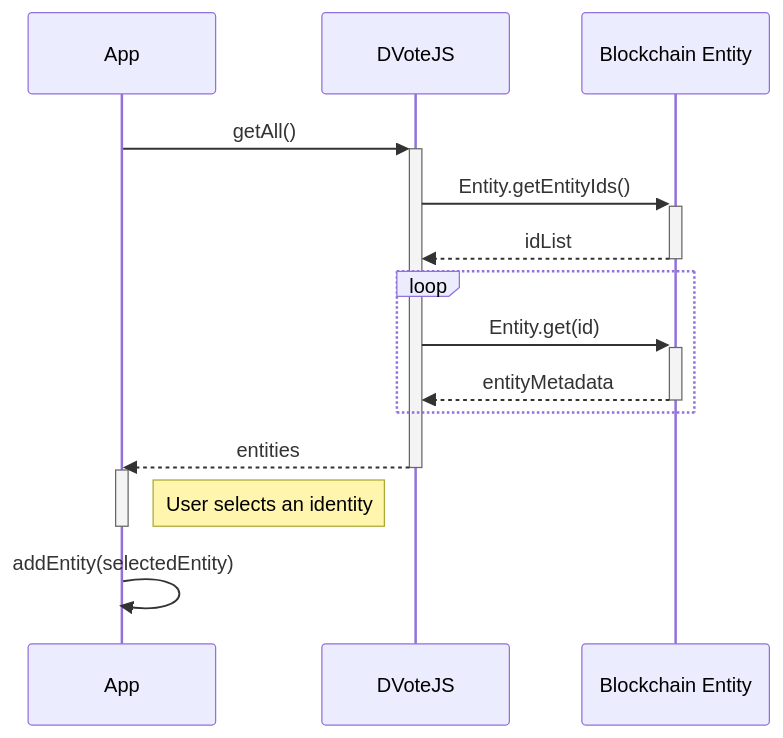
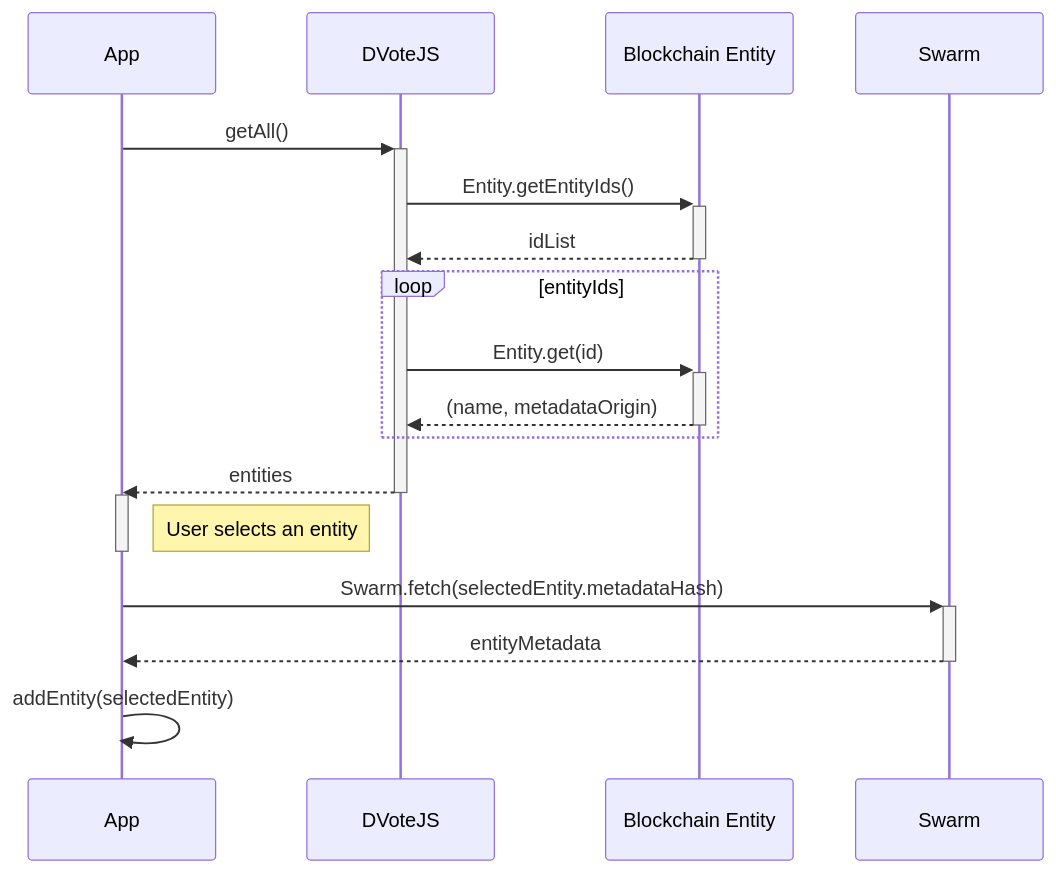
One commit to vocdoni/docs changed the fourth of 4 diagrams in docs/protocol/sequence-diagrams.md. Above: the diagram before and after it, drawn with Mermaid. The commit also changed other lines of this file and 1 other file, not shown here.

Commit message:
Entity subscription

````diff
--- a/docs/protocol/sequence-diagrams.md
+++ b/docs/protocol/sequence-diagrams.md
@@ -51,21 +53,24 @@
 ```mermaid
 sequenceDiagram
     App->>+DVoteJS: getAll()
 
     DVoteJS->>+Blockchain Entity: Entity.getEntityIds()
     Blockchain Entity-->>-DVoteJS: idList
 
-    loop
+    loop entityIds
         DVoteJS->>+Blockchain Entity: Entity.get(id)
-        Blockchain Entity-->>-DVoteJS: entityMetadata
+        Blockchain Entity-->>-DVoteJS: (name, metadataOrigin)
     end
 
     DVoteJS-->>-App: entities
 
     activate App
-    Note right of App: User selects an identity
+    Note right of App: User selects an entity
     deactivate App
+
+    App->>+Swarm: Swarm.fetch(selectedEntity.metadataHash)
+    Swarm-->>-App: entityMetadata
 
     App->>App: addEntity(selectedEntity)
 
 ```
````
